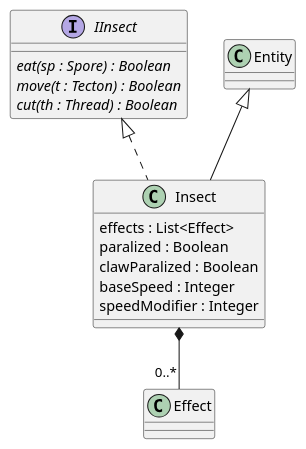
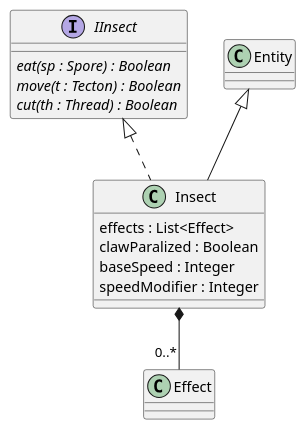
One commit to Petya-G/fungorium changed the diagram in 5/classes/insect/insect.puml. Above: the diagram before and after it, drawn with PlantUML.

Commit message:
# remove paralyzed bool from insect

```diff
--- a/5/classes/insect/insect.puml
+++ b/5/classes/insect/insect.puml
@@ -1,18 +1,18 @@
 @startuml insect
 
 interface IInsect{
     {abstract} eat(sp : Spore) : Boolean
     {abstract} move(t : Tecton) : Boolean
     {abstract} cut(th : Thread) : Boolean
 }
 
 Insect *-- "0..*" Effect
 class Insect extends Entity implements IInsect{
     effects : List<Effect>
-    paralized : Boolean
+    'paralized : Boolean
     clawParalized : Boolean
     baseSpeed : Integer
     speedModifier : Integer
 }
 
 @enduml
```
